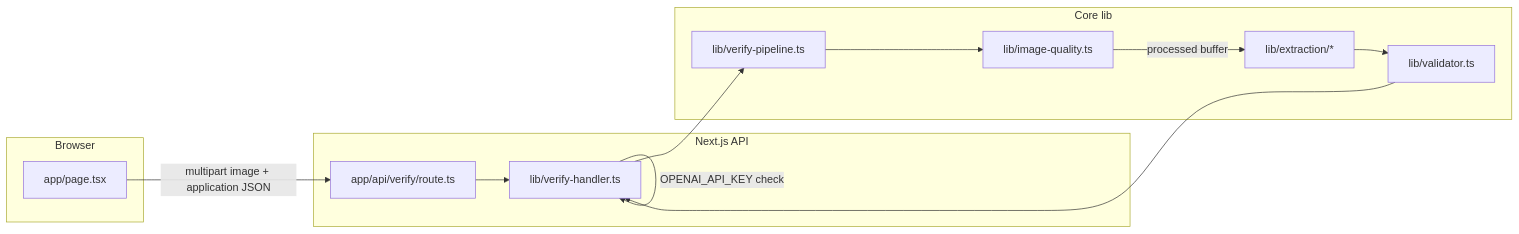
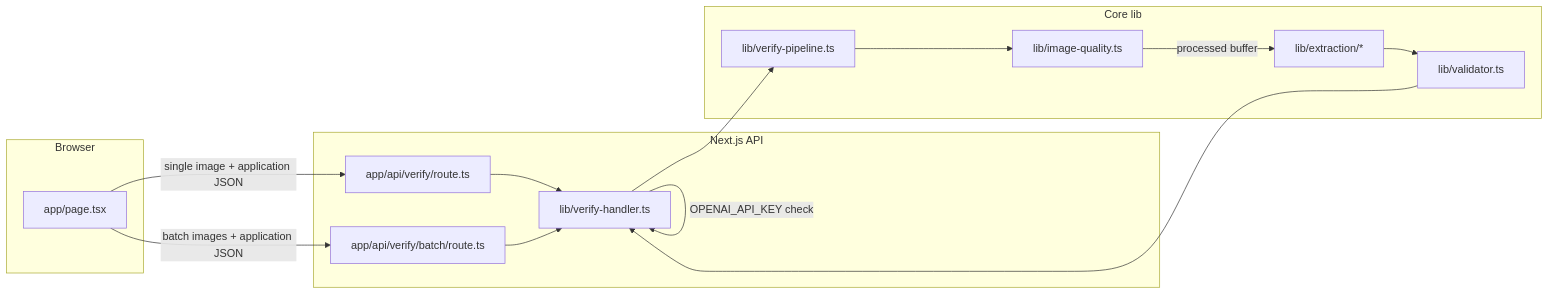
The diagram in docs/ARCHITECTURE.md (JWadeOn/ttb-alcohol-label-verifier), drawn with Mermaid before and after one commit. The commit also changed other lines of this file and 10 other files, not shown here.

First line of the commit message:
feat(batch): ship MVP batch verification flow and align evaluator docs

````diff
--- a/docs/ARCHITECTURE.md
+++ b/docs/ARCHITECTURE.md
@@ -27,24 +27,27 @@
 ```mermaid
 flowchart LR
   subgraph client [Browser]
     UI[app/page.tsx]
   end
   subgraph api [Next.js API]
-    Route[app/api/verify/route.ts]
+    RouteSingle[app/api/verify/route.ts]
+    RouteBatch[app/api/verify/batch/route.ts]
     Handler[lib/verify-handler.ts]
   end
   subgraph core [Core lib]
     Pipe[lib/verify-pipeline.ts]
     IQ[lib/image-quality.ts]
     Ext[lib/extraction/*]
     Val[lib/validator.ts]
   end
-  UI -->|multipart image + application JSON| Route
-  Route --> Handler
+  UI -->|single image + application JSON| RouteSingle
+  UI -->|batch images + application JSON| RouteBatch
+  RouteSingle --> Handler
+  RouteBatch --> Handler
   Handler -->|OPENAI_API_KEY check| Handler
   Handler --> Pipe
   Pipe --> IQ
   IQ -->|processed buffer| Ext
   Ext --> Val
   Val --> Handler
 ```
````
